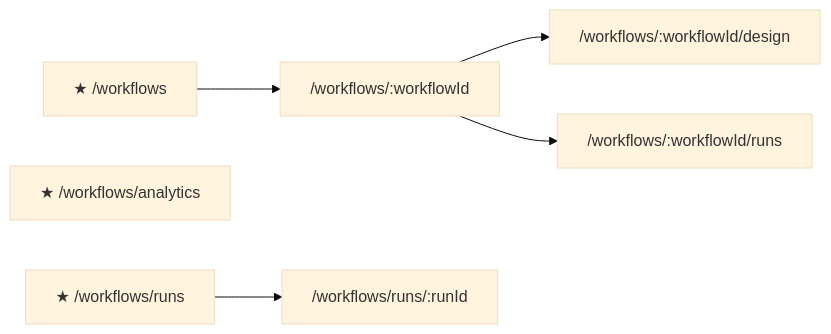
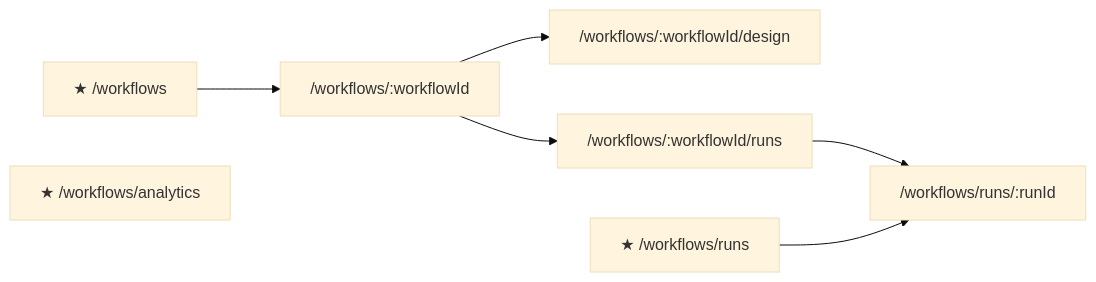
Before and after one commit to darosh/CanDoItAll.SPA: diagram 14 of 15 in packages/app/SITEMAP.md, drawn with Mermaid (base theme). The commit also changed other lines of this file and 9 other files, not shown here.

````diff
--- a/packages/app/SITEMAP.md
+++ b/packages/app/SITEMAP.md
@@ -364,14 +368,15 @@
 ```mermaid
 flowchart LR
   workflows["★ /workflows"]
   workflows-workflowId["/workflows/:workflowId"]
   workflows-workflowId-design["/workflows/:workflowId/design"]
   workflows-workflowId-runs["/workflows/:workflowId/runs"]
   workflows-analytics["★ /workflows/analytics"]
   workflows-runs["★ /workflows/runs"]
   workflows-runs-runId["/workflows/runs/:runId"]
   workflows --> workflows-workflowId
   workflows-workflowId --> workflows-workflowId-design
   workflows-workflowId --> workflows-workflowId-runs
+  workflows-workflowId-runs --> workflows-runs-runId
   workflows-runs --> workflows-runs-runId
 ```
````
